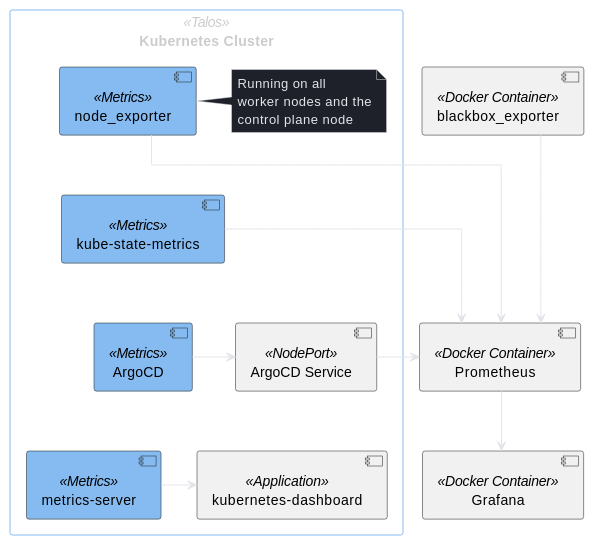
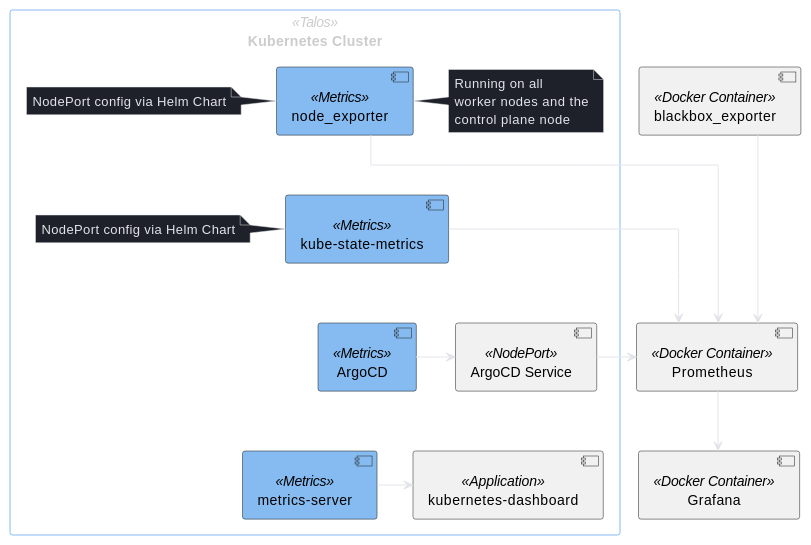
The diagram in docs/nodes/talos-cluster/monitoring-logging.md (sommerfeld-io/configs-homelab), drawn with PlantUML before and after one commit. The commit also changed other lines of this file and 6 other files, not shown here.

````diff
--- a/docs/nodes/talos-cluster/monitoring-logging.md
+++ b/docs/nodes/talos-cluster/monitoring-logging.md
@@ -12,53 +12,55 @@
 ```kroki-plantuml
 @startuml
 
 skinparam linetype ortho
 skinparam backgroundColor transparent
 skinparam fontColor #E2E4E9
 
 skinparam arrowColor #E2E4E9
 skinparam ArrowFontColor #E2E4E9
 
 skinparam RectangleFontColor #ccc
 skinparam RectangleBorderColor #85BBF0
 
 skinparam NoteFontColor #E2E4E9
 skinparam NoteBorderColor #E2E4E9
 skinparam NoteBackgroundColor #1E2129
 
 skinparam activity {
     'FontName Ubuntu
     FontName Roboto
 }
 
 rectangle k8s as "Kubernetes Cluster" <<Talos>> {
     component node_exporter <<Metrics>> #85BBF0
     component argo as "ArgoCD" <<Metrics>> #85BBF0
     component argo_svc as "ArgoCD Service" <<NodePort>>
     component ksm as "kube-state-metrics" <<Metrics>> #85BBF0
     component ms as "metrics-server" <<Metrics>> #85BBF0
     component dash as "kubernetes-dashboard" <<Application>>
 
     node_exporter -[hidden]down- ksm
     ksm -[hidden]down- argo
     argo -[hidden]down- ms
 
     argo -right-> argo_svc
     ms -right-> dash
 
     note right of node_exporter: Running on all\nworker nodes and the\ncontrol plane node
+    note left of node_exporter: NodePort config via Helm Chart
+    note left of ksm: NodePort config via Helm Chart
 }
 
 component p as "Prometheus" <<Docker Container>>
 component g as "Grafana" <<Docker Container>>
 component be as "blackbox_exporter" <<Docker Container>>
 
 node_exporter -right-> p
 argo_svc -right-> p
 ksm -right-> p
 
 be -down--> p
 p -down-> g
 
 @enduml
 ```
````
